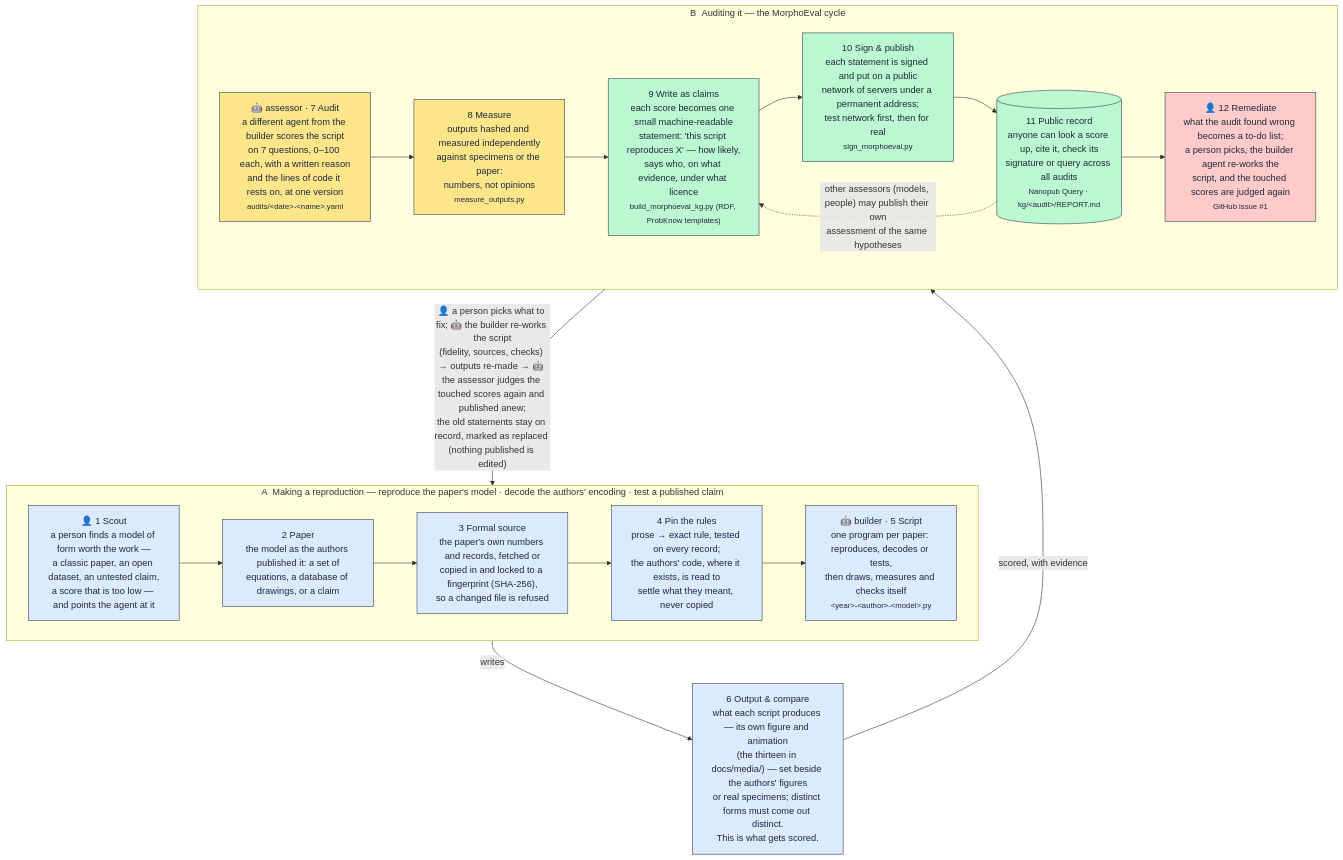
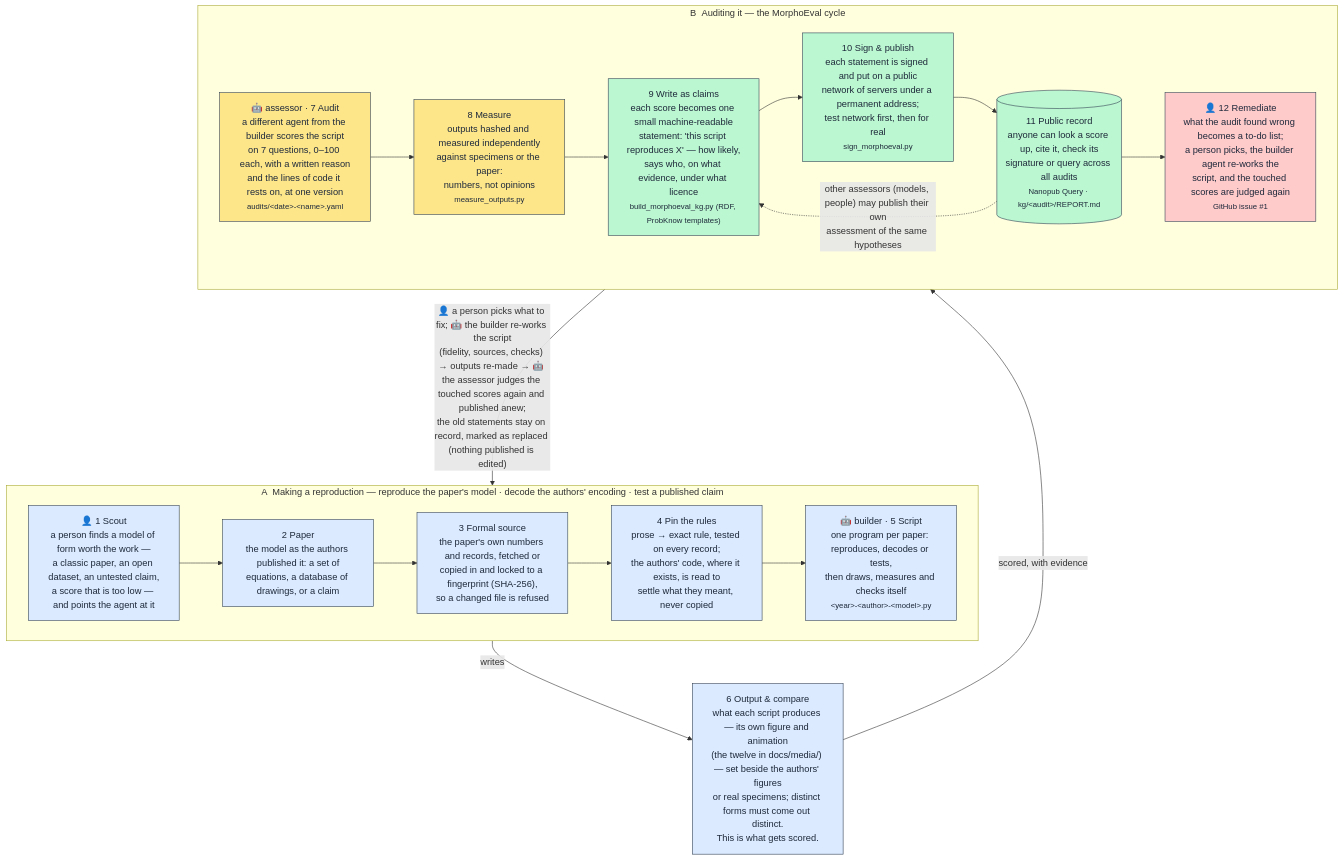
One commit to fractastical/morpholib changed the diagram in morphoeval/README.md. Above: the diagram before and after it, drawn with Mermaid. The commit also changed other lines of this file and 8 other files, not shown here.

Commit message:
Drop the landmark-polygon Thompson tile from the diagram and montage; the real-fish tile stands for Thompson

````diff
--- a/morphoeval/README.md
+++ b/morphoeval/README.md
@@ -63,35 +63,35 @@
 ```mermaid
 flowchart TB
     classDef build fill:#dbeafe,stroke:#334155,color:#1e293b
     classDef eval fill:#fde68a,stroke:#334155,color:#1e293b
     classDef pub fill:#bbf7d0,stroke:#334155,color:#1e293b
     classDef loop fill:#fecaca,stroke:#334155,color:#1e293b
 
     subgraph A["A &nbsp;Making a reproduction — reproduce the paper's model · decode the authors' encoding · test a published claim"]
         direction LR
         SC["👤 1 Scout<br/>a person finds a model of form worth the work —<br/>a classic paper, an open dataset, an untested claim,<br/>a score that is too low — and points the agent at it"]:::build
         P["2 Paper<br/>the model as the authors published it: a set of<br/>equations, a database of drawings, or a claim"]:::build
         S["3 Formal source<br/>the paper's own numbers and records, fetched or<br/>copied in and locked to a fingerprint (SHA-256),<br/>so a changed file is refused"]:::build
         R["4 Pin the rules<br/>prose → exact rule, tested on every record;<br/>the authors' code, where it exists, is read to<br/>settle what they meant, never copied"]:::build
         X["🤖 builder · 5 Script<br/>one program per paper: reproduces, decodes or tests,<br/>then draws, measures and checks itself<br/><small>&lt;year&gt;-&lt;author&gt;-&lt;model&gt;.py</small>"]:::build
         SC --> P --> S --> R --> X
     end
 
-    O["6 Output &amp; compare<br/>what each script produces — its own figure and animation<br/>(the thirteen in docs/media/) — set beside the authors' figures<br/>or real specimens; distinct forms must come out distinct.<br/>This is what gets scored."]:::build
+    O["6 Output &amp; compare<br/>what each script produces — its own figure and animation<br/>(the twelve in docs/media/) — set beside the authors' figures<br/>or real specimens; distinct forms must come out distinct.<br/>This is what gets scored."]:::build
     X -- writes --> O
 
     subgraph B["B &nbsp;Auditing it — the MorphoEval cycle"]
         direction LR
         AU["🤖 assessor · 7 Audit<br/>a different agent from the builder scores the script<br/>on 7 questions, 0–100 each, with a written reason<br/>and the lines of code it rests on, at one version<br/><small>audits/&lt;date&gt;-&lt;name&gt;.yaml</small>"]:::eval
         M["8 Measure<br/>outputs hashed and measured independently<br/>against specimens or the paper:<br/>numbers, not opinions<br/><small>measure_outputs.py</small>"]:::eval
         BG["9 Write as claims<br/>each score becomes one small machine-readable<br/>statement: 'this script reproduces X' — how likely,<br/>says who, on what evidence, under what licence<br/><small>build_morphoeval_kg.py (RDF, ProbKnow templates)</small>"]:::pub
         PU["10 Sign &amp; publish<br/>each statement is signed and put on a public<br/>network of servers under a permanent address;<br/>test network first, then for real<br/><small>sign_morphoeval.py</small>"]:::pub
         G[("11 Public record<br/>anyone can look a score up, cite it, check its<br/>signature or query across all audits<br/><small>Nanopub Query · kg/&lt;audit&gt;/REPORT.md</small>")]:::pub
         T["👤 12 Remediate<br/>what the audit found wrong becomes a to-do list;<br/>a person picks, the builder agent re-works the<br/>script, and the touched scores are judged again<br/><small>GitHub issue #1</small>"]:::loop
         AU --> M --> BG --> PU --> G --> T
     end
 
     O -- scored, with evidence --> AU
     T -- "👤 a person picks what to fix; 🤖 the builder re-works the script<br/>(fidelity, sources, checks) → outputs re-made → 🤖 the assessor judges the touched scores again and published anew;<br/>the old statements stay on record, marked as replaced (nothing published is edited)" --> X
     G -. other assessors (models, people) may publish their own<br/>assessment of the same hypotheses .-> BG
 ```
````
